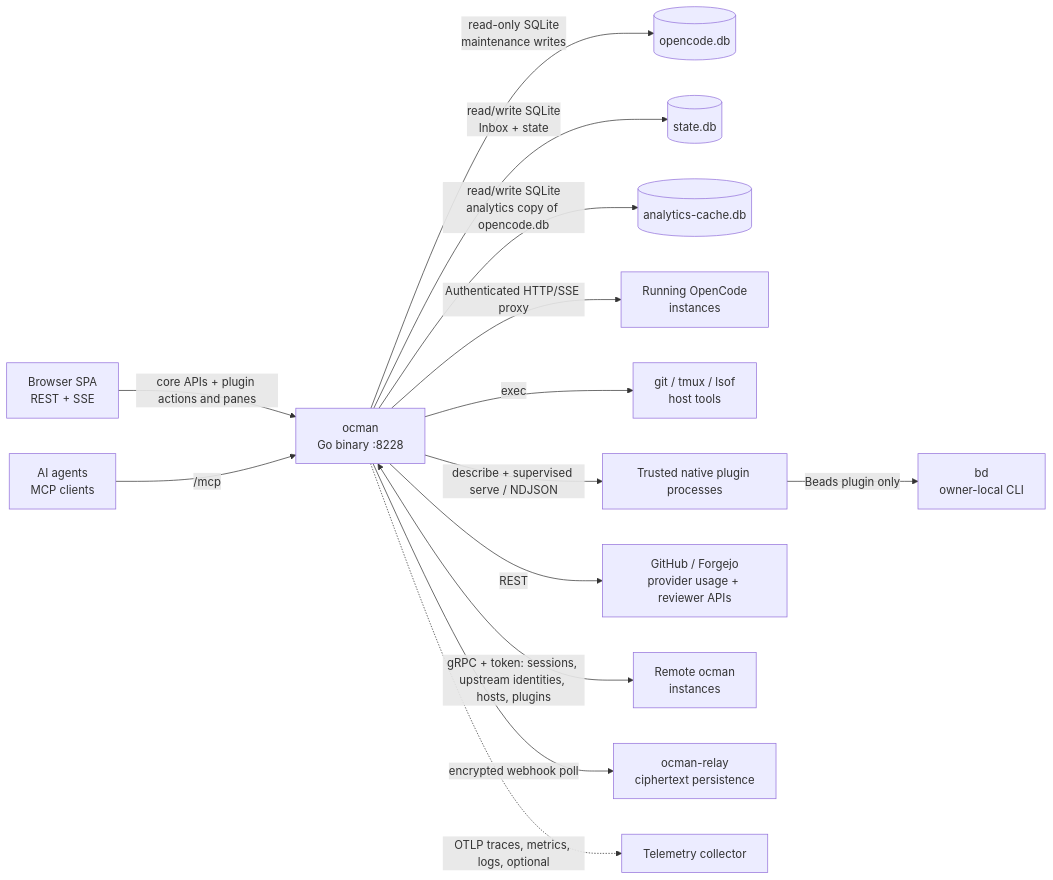
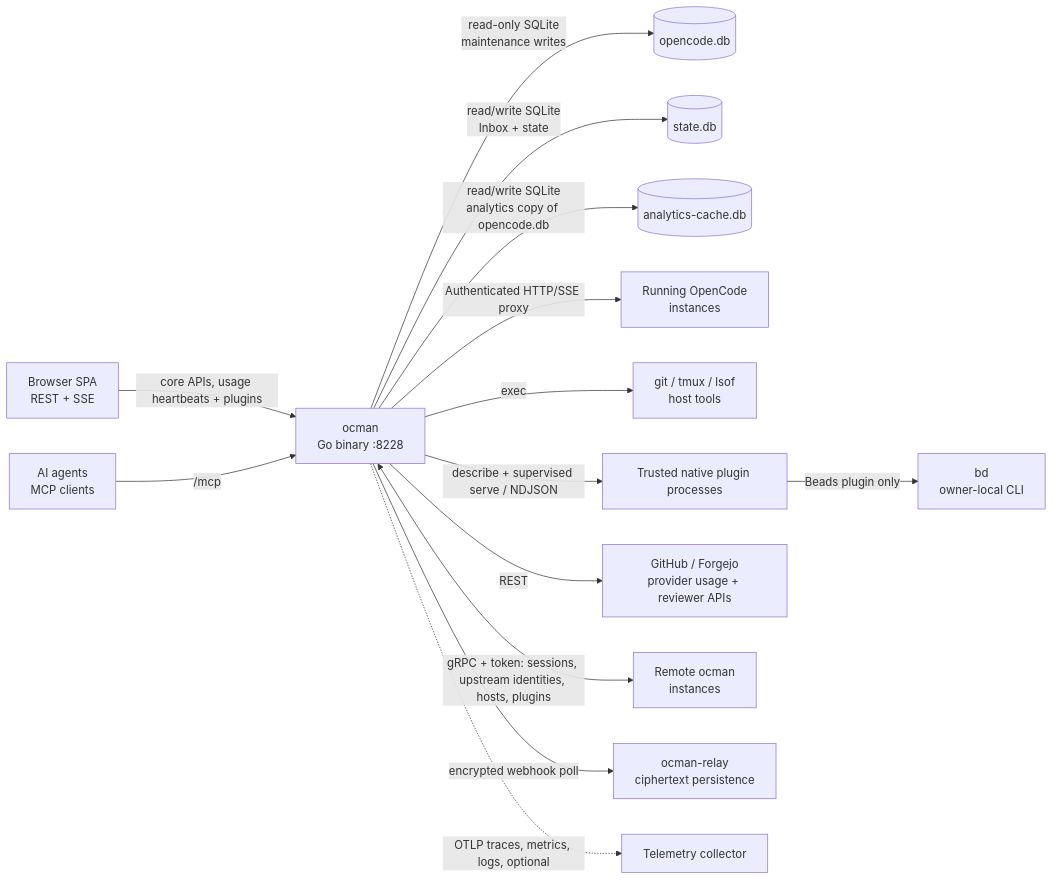
The second of 5 diagrams in docs/other/architecture.md (ocman/ocman), drawn with Mermaid before and after one commit. The commit also changed other lines of this file and 31 other files, not shown here.

````diff
--- a/docs/other/architecture.md
+++ b/docs/other/architecture.md
@@ -50,16 +50,16 @@
 ```mermaid
 flowchart LR
-    Browser[Browser SPA<br/>REST + SSE] -->|core APIs + plugin actions and panes| Ocman[ocman<br/>Go binary :8228]
+    Browser[Browser SPA<br/>REST + SSE] -->|core APIs, usage heartbeats + plugins| Ocman[ocman<br/>Go binary :8228]
     Agent[AI agents<br/>MCP clients] -->|/mcp| Ocman
     Ocman -->|read-only SQLite<br/>maintenance writes| OCDB[(opencode.db)]
     Ocman -->|read/write SQLite<br/>Inbox + state| StateDB[(state.db)]
     Ocman -->|read/write SQLite<br/>analytics copy of opencode.db| Cache[(analytics-cache.db)]
     Ocman -->|Authenticated HTTP/SSE proxy| OCInst[Running OpenCode<br/>instances]
     Ocman -->|exec| Shell[git / tmux / lsof<br/>host tools]
     Ocman -->|describe + supervised serve / NDJSON| PluginExec[Trusted native plugin processes]
     PluginExec -->|Beads plugin only| Beads[bd<br/>owner-local CLI]
     Ocman -->|REST| APIs[GitHub / Forgejo<br/>provider usage + reviewer APIs]
     Ocman <-->|gRPC + token: sessions, upstream identities, hosts, plugins| Remotes[Remote ocman<br/>instances]
     Ocman -->|encrypted webhook poll| Relay[ocman-relay<br/>ciphertext persistence]
     Ocman -.->|OTLP traces, metrics, logs, optional| Otel[Telemetry collector]
 ```
````
